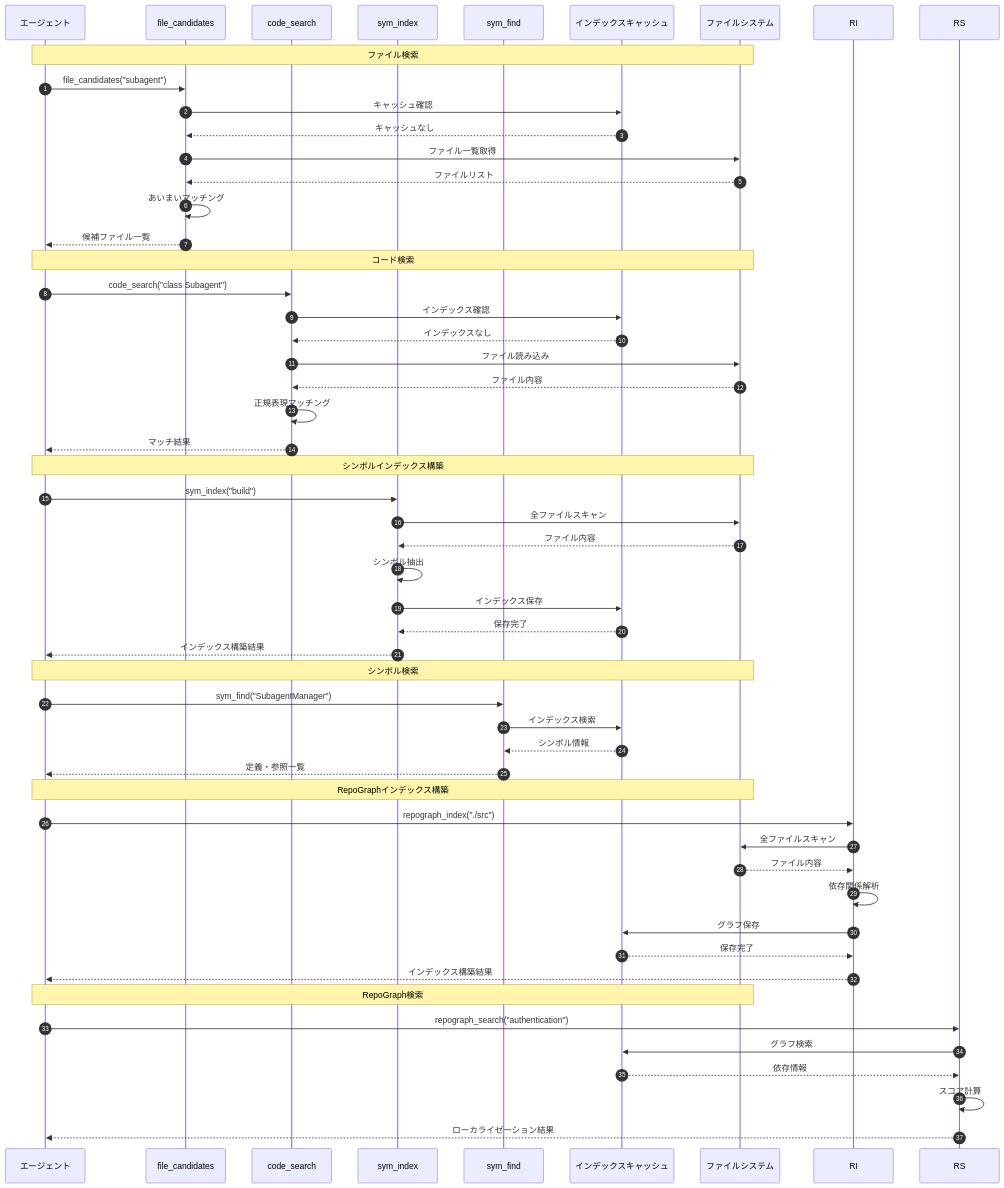
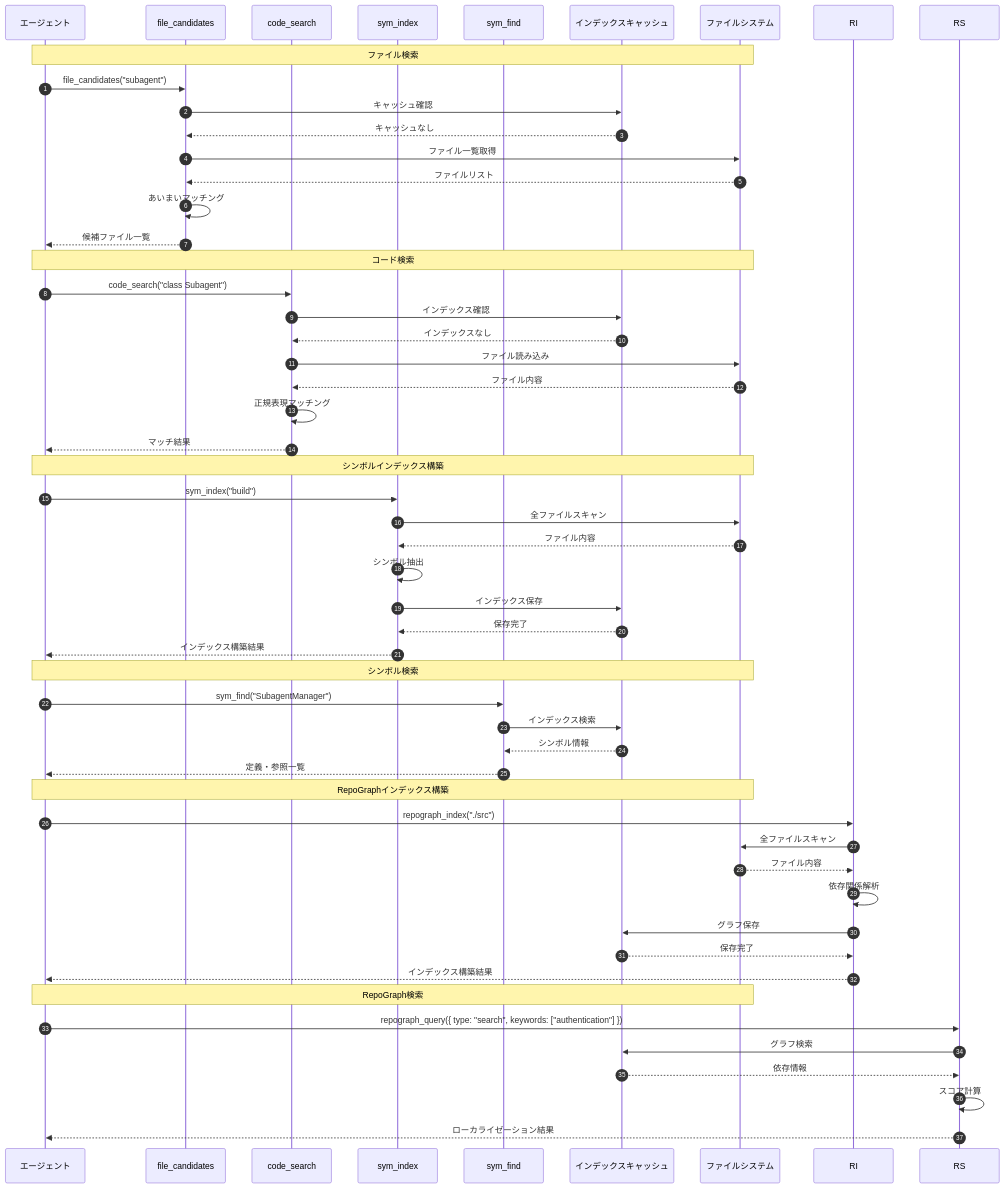
One commit to Mekann2904/mekann changed the first of 2 diagrams in docs/02-user-guide/15-search-tools.md. Above: the diagram before and after it, drawn with Mermaid. The commit also changed other lines of this file and 19 other files, not shown here.

````diff
--- a/docs/02-user-guide/15-search-tools.md
+++ b/docs/02-user-guide/15-search-tools.md
@@ -442,60 +442,60 @@
 ```mermaid
 sequenceDiagram
     autonumber
     participant Agent as エージェント
     participant FC as file_candidates
     participant CS as code_search
     participant SI as sym_index
     participant SF as sym_find
     participant Cache as インデックスキャッシュ
     participant FS as ファイルシステム
 
     Note over Agent,FS: ファイル検索
     Agent->>FC: file_candidates("subagent")
     FC->>Cache: キャッシュ確認
     Cache-->>FC: キャッシュなし
     FC->>FS: ファイル一覧取得
     FS-->>FC: ファイルリスト
     FC->>FC: あいまいマッチング
     FC-->>Agent: 候補ファイル一覧
 
     Note over Agent,FS: コード検索
     Agent->>CS: code_search("class Subagent")
     CS->>Cache: インデックス確認
     Cache-->>CS: インデックスなし
     CS->>FS: ファイル読み込み
     FS-->>CS: ファイル内容
     CS->>CS: 正規表現マッチング
     CS-->>Agent: マッチ結果
 
     Note over Agent,FS: シンボルインデックス構築
     Agent->>SI: sym_index("build")
     SI->>FS: 全ファイルスキャン
     FS-->>SI: ファイル内容
     SI->>SI: シンボル抽出
     SI->>Cache: インデックス保存
     Cache-->>SI: 保存完了
     SI-->>Agent: インデックス構築結果
 
     Note over Agent,FS: シンボル検索
     Agent->>SF: sym_find("SubagentManager")
     SF->>Cache: インデックス検索
     Cache-->>SF: シンボル情報
     SF-->>Agent: 定義・参照一覧
 
     Note over Agent,FS: RepoGraphインデックス構築
     Agent->>RI: repograph_index("./src")
     RI->>FS: 全ファイルスキャン
     FS-->>RI: ファイル内容
     RI->>RI: 依存関係解析
     RI->>Cache: グラフ保存
     Cache-->>RI: 保存完了
     RI-->>Agent: インデックス構築結果
 
     Note over Agent,FS: RepoGraph検索
-    Agent->>RS: repograph_search("authentication")
+    Agent->>RS: repograph_query({ type: "search", keywords: ["authentication"] })
     RS->>Cache: グラフ検索
     Cache-->>RS: 依存情報
     RS->>RS: スコア計算
     RS-->>Agent: ローカライゼーション結果
 ```
````
